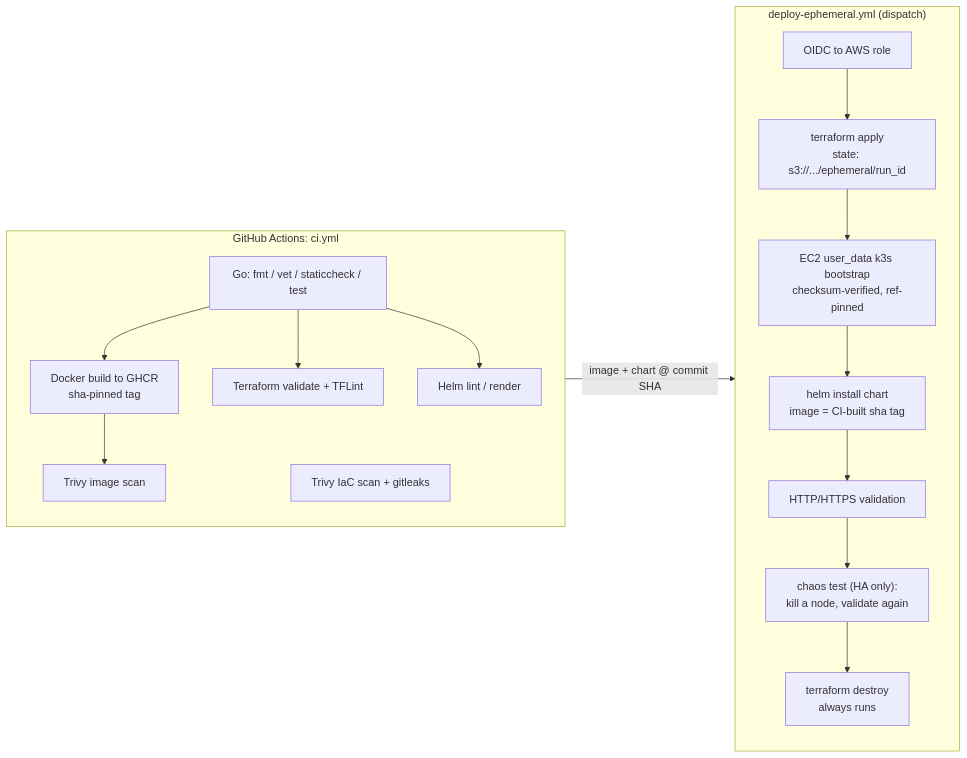
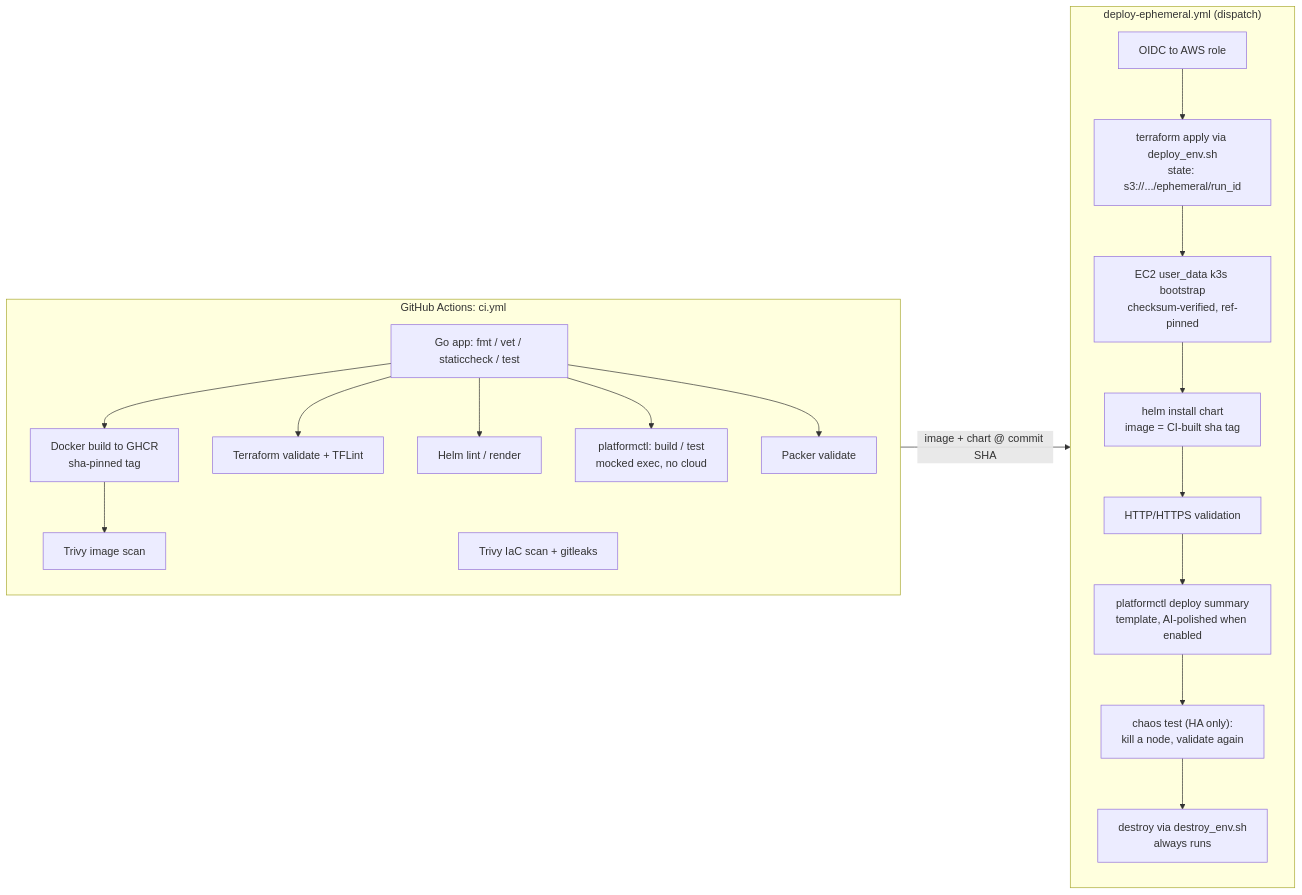
The first of 4 diagrams in README.md (mattshogi/CI-CD_terraform_k3s_aws), drawn with Mermaid before and after one commit. The commit also changed other lines of this file, not shown here.

First line of the commit message:
docs(readme): reflect the agent + AI layer in the architecture and tables

````diff
--- a/README.md
+++ b/README.md
@@ -21,21 +25,24 @@
 ```mermaid
 flowchart LR
     subgraph CI["GitHub Actions: ci.yml"]
-        A[Go: fmt / vet / staticcheck / test] --> B[Docker build to GHCR<br/>sha-pinned tag]
+        A[Go app: fmt / vet / staticcheck / test] --> B[Docker build to GHCR<br/>sha-pinned tag]
         A --> C[Terraform validate + TFLint]
         A --> D[Helm lint / render]
+        A --> PC[platformctl: build / test<br/>mocked exec, no cloud]
+        A --> PK[Packer validate]
         B --> E[Trivy image scan]
         F[Trivy IaC scan + gitleaks]
     end
 
     subgraph Deploy["deploy-ephemeral.yml (dispatch)"]
-        G[OIDC to AWS role] --> H[terraform apply<br/>state: s3://.../ephemeral/run_id]
+        G[OIDC to AWS role] --> H[terraform apply via deploy_env.sh<br/>state: s3://.../ephemeral/run_id]
         H --> I[EC2 user_data k3s bootstrap<br/>checksum-verified, ref-pinned]
         I --> J[helm install chart<br/>image = CI-built sha tag]
         J --> K[HTTP/HTTPS validation]
-        K --> L["chaos test (HA only):<br/>kill a node, validate again"]
-        L --> M[terraform destroy<br/>always runs]
+        K --> DS[platformctl deploy summary<br/>template, AI-polished when enabled]
+        DS --> L["chaos test (HA only):<br/>kill a node, validate again"]
+        L --> M[destroy via destroy_env.sh<br/>always runs]
     end
 
     CI -->|image + chart @ commit SHA| Deploy
 ```
````
